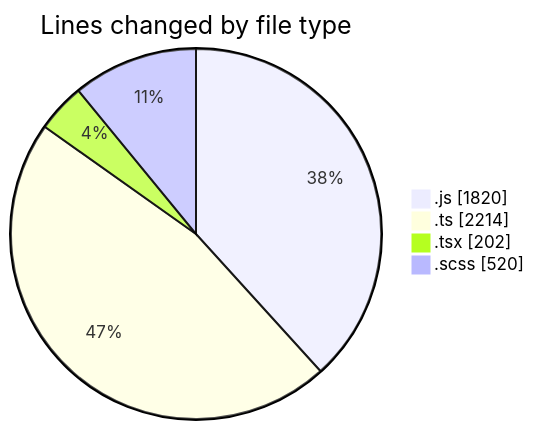
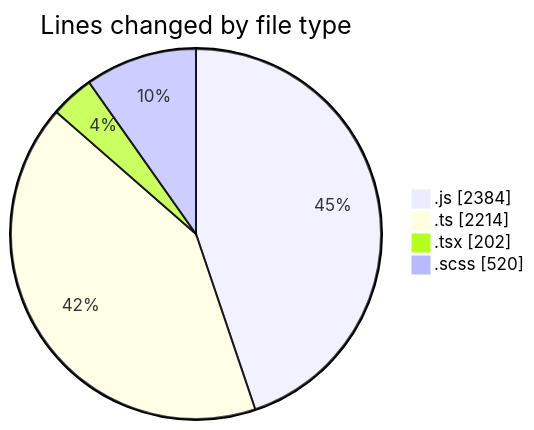
Before and after one commit to momahboobian/code-tracking: the first of 2 diagrams in 2025-06-18/cda/README.md, drawn with Mermaid. The commit also changed other lines of this file and 1 other file, not shown here.

````diff
--- a/2025-06-18/cda/README.md
+++ b/2025-06-18/cda/README.md
@@ -40,8 +40,8 @@
 ```mermaid
 pie showData
 title Lines changed by file type
-".js" : 1820
+".js" : 2384
 ".ts" : 2214
 ".tsx" : 202
 ".scss" : 520
 ```
````
